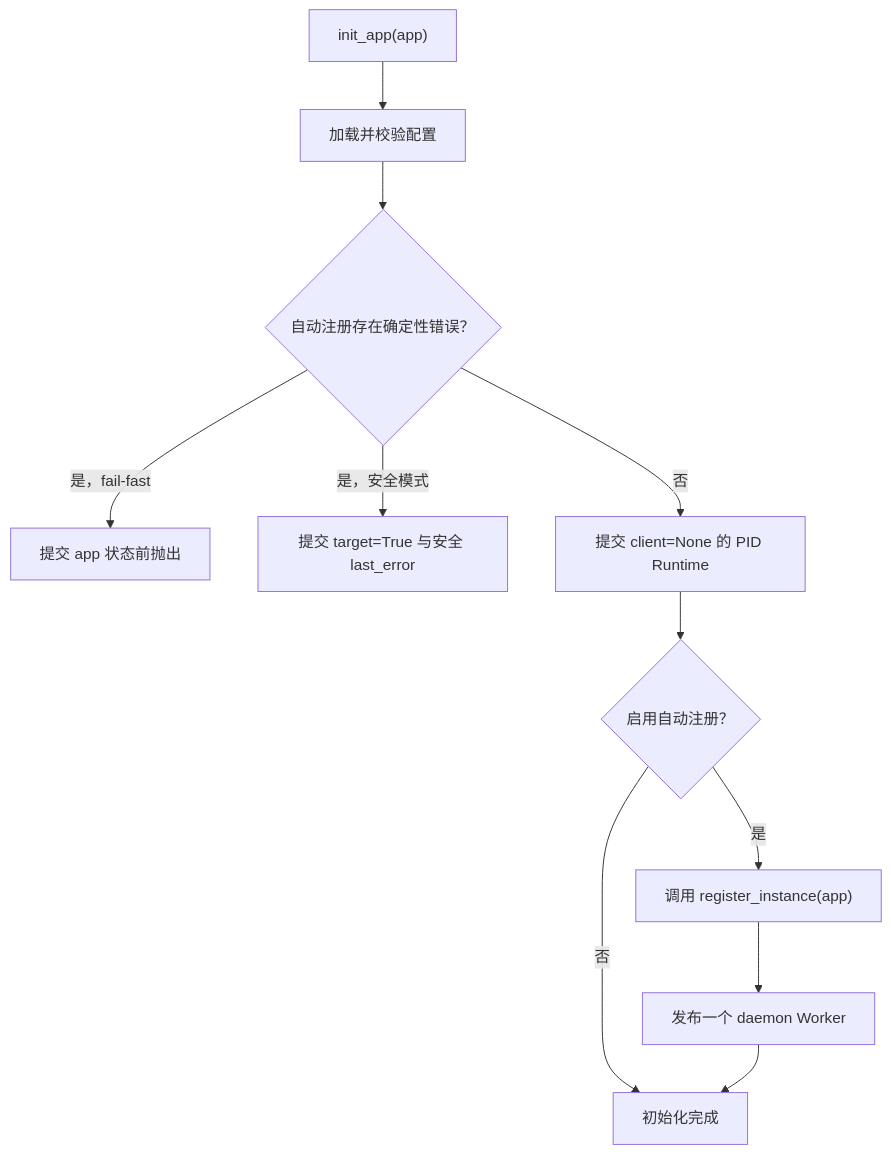
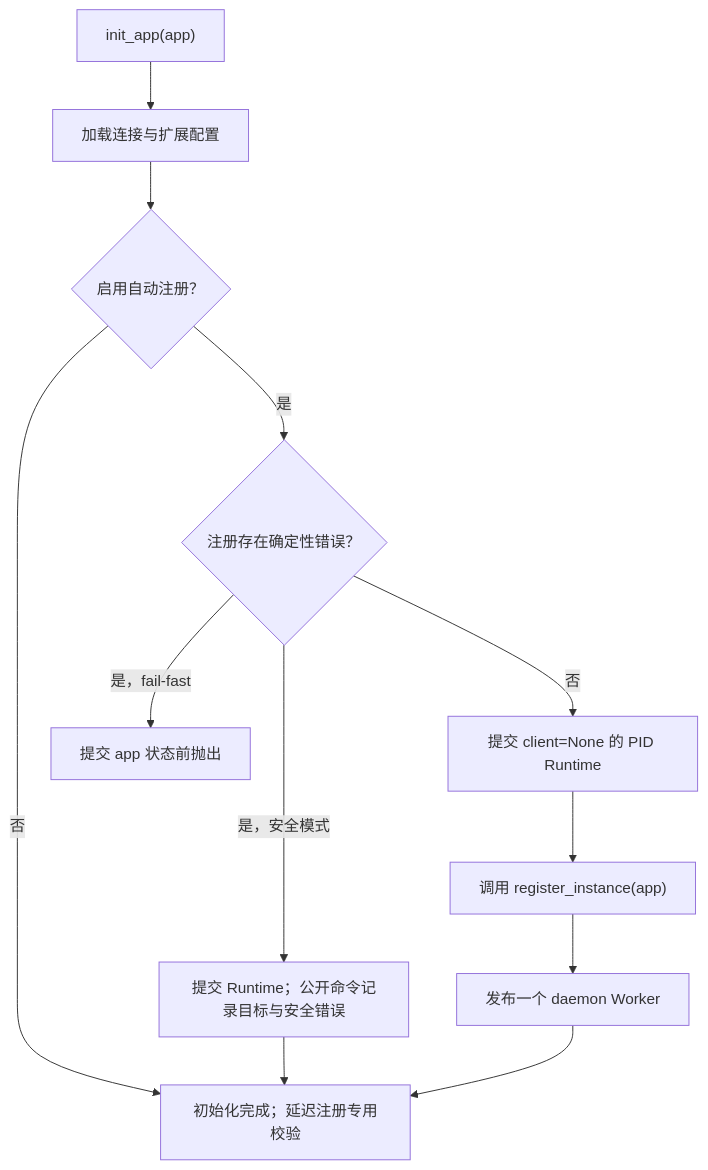
Before and after one commit to pumpkin-nbc/Flask-Nacos: the first of 2 diagrams in docs/service-registration.zh-CN.md, drawn with Mermaid. The commit also changed other lines of this file and 26 other files, not shown here.

````diff
--- a/docs/service-registration.zh-CN.md
+++ b/docs/service-registration.zh-CN.md
@@ -52,13 +55,14 @@
 ```mermaid
 flowchart TD
-    A["init_app(app)"] --> B["加载并校验配置"]
-    B --> C{"自动注册存在确定性错误？"}
+    A["init_app(app)"] --> B["加载连接与扩展配置"]
+    B --> G{"启用自动注册？"}
+    G -- "否" --> H["初始化完成；延迟注册专用校验"]
+    G -- "是" --> C{"注册存在确定性错误？"}
     C -- "是，fail-fast" --> D["提交 app 状态前抛出"]
-    C -- "是，安全模式" --> E["提交 target=True 与安全 last_error"]
+    C -- "是，安全模式" --> E["提交 Runtime；公开命令记录目标与安全错误"]
     C -- "否" --> F["提交 client=None 的 PID Runtime"]
-    F --> G{"启用自动注册？"}
-    G -- "否" --> H["初始化完成"]
-    G -- "是" --> I["调用 register_instance(app)"]
+    E --> H
+    F --> I["调用 register_instance(app)"]
     I --> J["发布一个 daemon Worker"]
     J --> H
 ```
````
